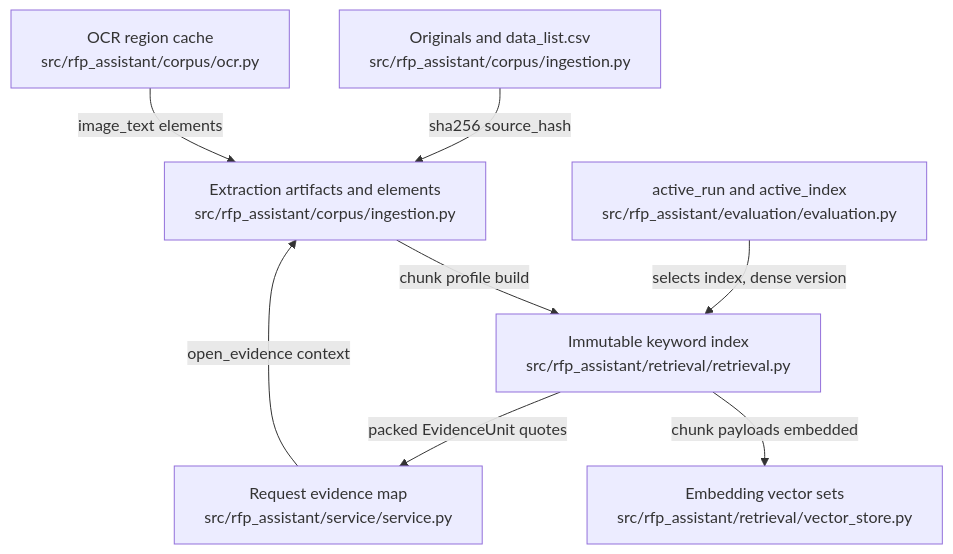
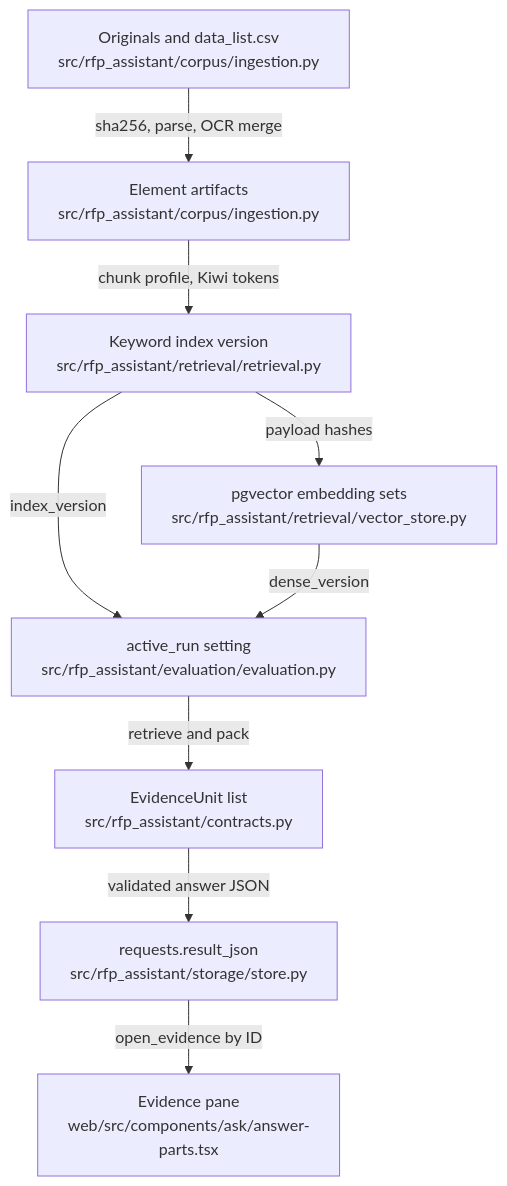
The diagram in .omm/data-flow/diagram.mmd (littleeeeebit/project-codeit-mid), drawn with Mermaid before and after one commit. The commit also changed 398 other files, not shown here.

```diff
--- a/.omm/data-flow/diagram.mmd
+++ b/.omm/data-flow/diagram.mmd
@@ -1,15 +1,9 @@
 graph TD
-  source-originals["Originals and data_list.csv\nsrc/rfp_assistant/corpus/ingestion.py"]
-  extraction-revisions["Extraction artifacts and elements\nsrc/rfp_assistant/corpus/ingestion.py"]
-  ocr-reads["OCR region cache\nsrc/rfp_assistant/corpus/ocr.py"]
-  keyword-index["Immutable keyword index\nsrc/rfp_assistant/retrieval/retrieval.py"]
-  vector-sets["Embedding vector sets\nsrc/rfp_assistant/retrieval/vector_store.py"]
-  serving-activation["active_run and active_index\nsrc/rfp_assistant/evaluation/evaluation.py"]
-  evidence-map["Request evidence map\nsrc/rfp_assistant/service/service.py"]
-  source-originals -->|"sha256 source_hash"| extraction-revisions
-  ocr-reads -->|"image_text elements"| extraction-revisions
-  extraction-revisions -->|"chunk profile build"| keyword-index
-  keyword-index -->|"chunk payloads embedded"| vector-sets
-  serving-activation -->|"selects index, dense version"| keyword-index
-  keyword-index -->|"packed EvidenceUnit quotes"| evidence-map
-  evidence-map -->|"open_evidence context"| extraction-revisions
+  original-files["Originals and data_list.csv\nsrc/rfp_assistant/corpus/ingestion.py"] -->|"sha256, parse, OCR merge"| extraction-artifacts["Element artifacts\nsrc/rfp_assistant/corpus/ingestion.py"]
+  extraction-artifacts -->|"chunk profile, Kiwi tokens"| keyword-index["Keyword index version\nsrc/rfp_assistant/retrieval/retrieval.py"]
+  keyword-index -->|"payload hashes"| embedding-sets["pgvector embedding sets\nsrc/rfp_assistant/retrieval/vector_store.py"]
+  keyword-index -->|"index_version"| serving-config["active_run setting\nsrc/rfp_assistant/evaluation/evaluation.py"]
+  embedding-sets -->|"dense_version"| serving-config
+  serving-config -->|"retrieve and pack"| evidence-units["EvidenceUnit list\nsrc/rfp_assistant/contracts.py"]
+  evidence-units -->|"validated answer JSON"| request-records["requests.result_json\nsrc/rfp_assistant/storage/store.py"]
+  request-records -->|"open_evidence by ID"| evidence-pane["Evidence pane\nweb/src/components/ask/answer-parts.tsx"]
```
